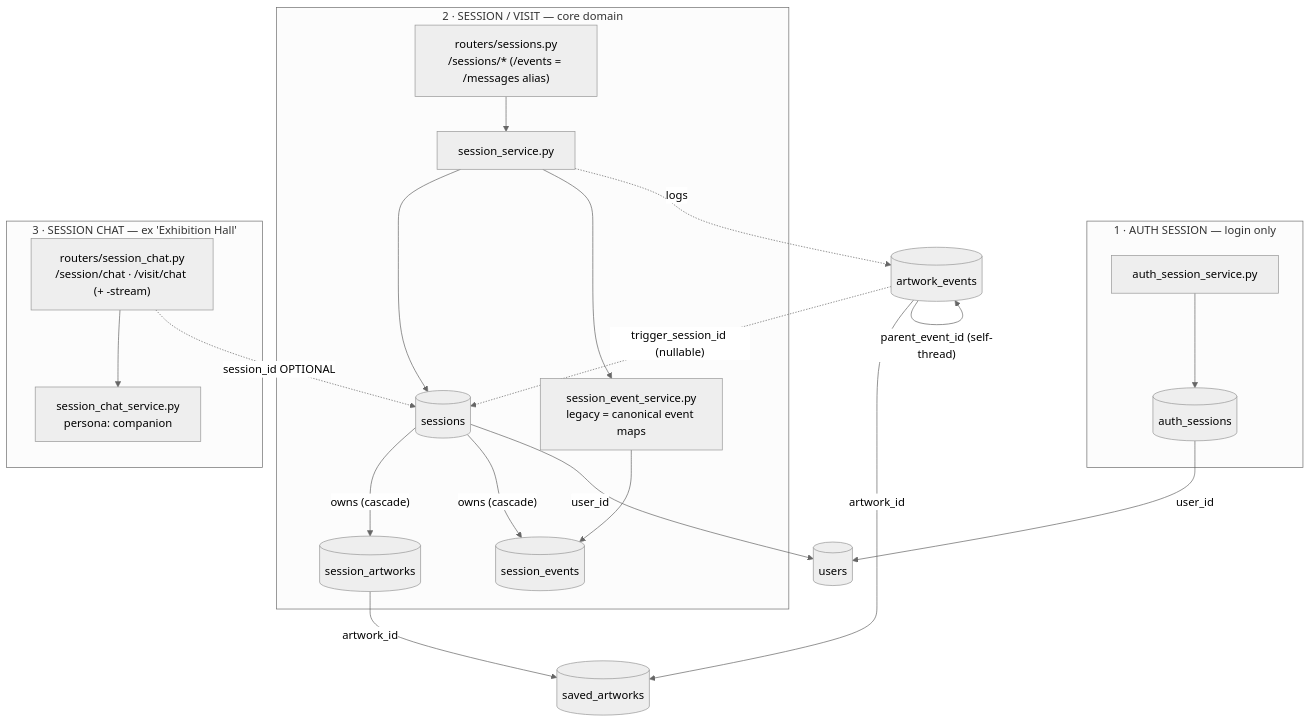
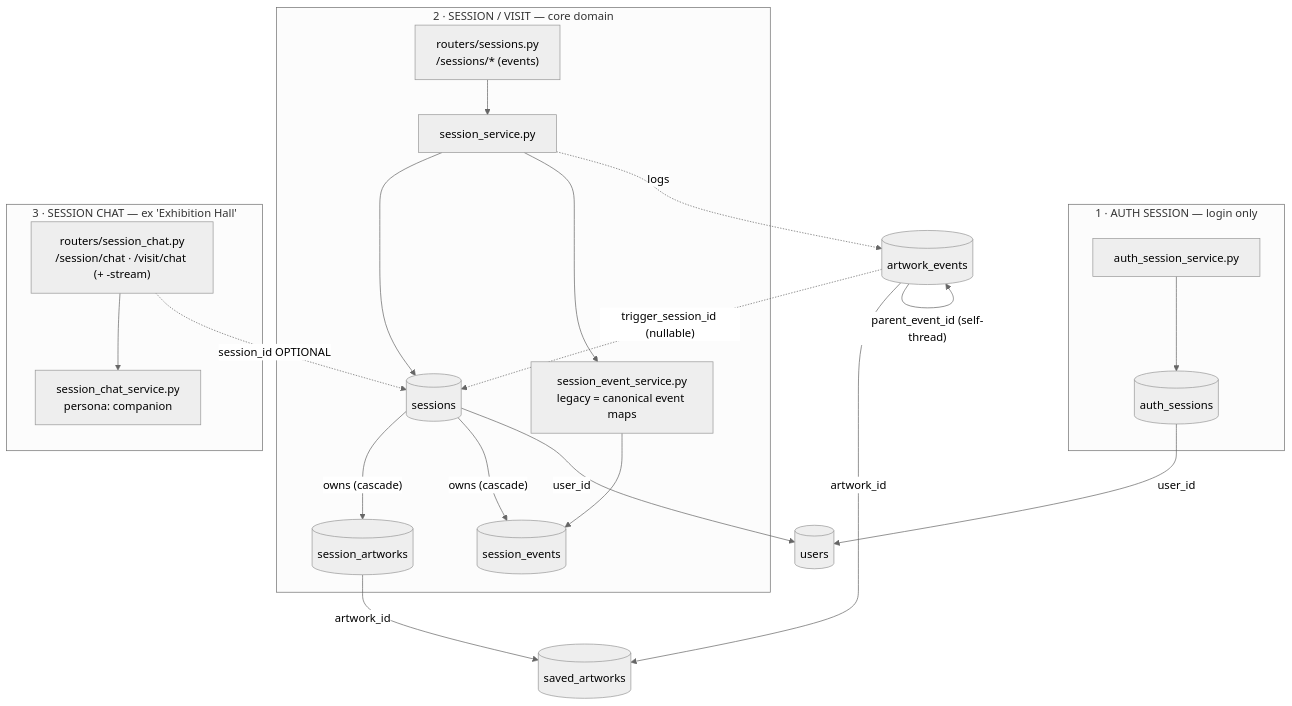
Before and after one commit to qinzzz/Musee: the diagram in CLAUDE.md, drawn with Mermaid (neutral theme). The commit also changed other lines of this file and 2 other files, not shown here.

````diff
--- a/CLAUDE.md
+++ b/CLAUDE.md
@@ -62,34 +62,34 @@
 ```mermaid
 flowchart TD
     users[("users")]
 
     subgraph AUTH["1 · AUTH SESSION — login only"]
         Sauth["auth_session_service.py"] --> Tauth[("auth_sessions")]
     end
 
     subgraph VISIT["2 · SESSION / VISIT — core domain"]
-        Rsess["routers/sessions.py<br/>/sessions/* (/events = /messages alias)"]
+        Rsess["routers/sessions.py<br/>/sessions/* (events)"]
         Ssess["session_service.py"]
         Sevent["session_event_service.py<br/>legacy = canonical event maps"]
         Tsess[("sessions")]
         Rsess --> Ssess --> Tsess
         Ssess --> Sevent --> Tsev[("session_events")]
         Tsess -->|"owns (cascade)"| Tsart[("session_artworks")]
         Tsess -->|"owns (cascade)"| Tsev
     end
 
     subgraph CHAT["3 · SESSION CHAT — ex 'Exhibition Hall'"]
         Rchat["routers/session_chat.py<br/>/session/chat · /visit/chat (+ -stream)"] --> Schat["session_chat_service.py<br/>persona: companion"]
     end
 
     saved[("saved_artworks")]
     aev[("artwork_events")]
     Tsart -->|artwork_id| saved
     Ssess -.->|logs| aev
     aev -->|artwork_id| saved
     aev -.->|"trigger_session_id (nullable)"| Tsess
     aev -->|"parent_event_id (self-thread)"| aev
     Rchat -.->|"session_id OPTIONAL"| Tsess
     Tsess -->|user_id| users
     Tauth -->|user_id| users
 ```
````
